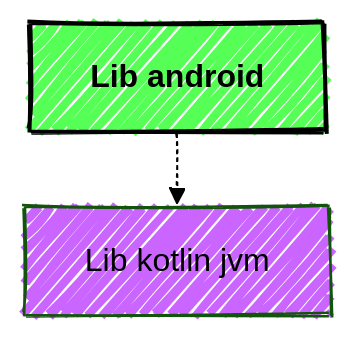
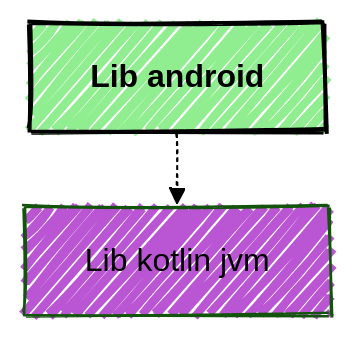
Before and after one commit to jonapoul/atlas: the diagram in sample/sample-lib-android/charts/charts.mmd, drawn with Mermaid. The commit also changed 25 other files, not shown here.

```diff
--- a/sample/sample-lib-android/charts/charts.mmd
+++ b/sample/sample-lib-android/charts/charts.mmd
@@ -1,18 +1,18 @@
 ---
 config:
   layout: elk
   look: handDrawn
   theme: forest
   elk:
     mergeEdges: true
     forceNodeModelOrder: true
     nodePlacementStrategy: LINEAR_SEGMENTS
     cycleBreakingStrategy: INTERACTIVE
     considerModelOrder: PREFER_EDGES
 ---
 graph TD
   _sample_lib_android["Lib android"]
   _sample_lib_kotlin_jvm["Lib kotlin jvm"]
-  style _sample_lib_android fill:#55FF55,color:black,font-weight:bold,stroke:black,stroke-width:2px
-  style _sample_lib_kotlin_jvm fill:#CA66FF,color:black
+  style _sample_lib_android fill:lightgreen,color:black,font-weight:bold,stroke:black,stroke-width:2px
+  style _sample_lib_kotlin_jvm fill:mediumorchid,color:black
   _sample_lib_android -.-> _sample_lib_kotlin_jvm
```
